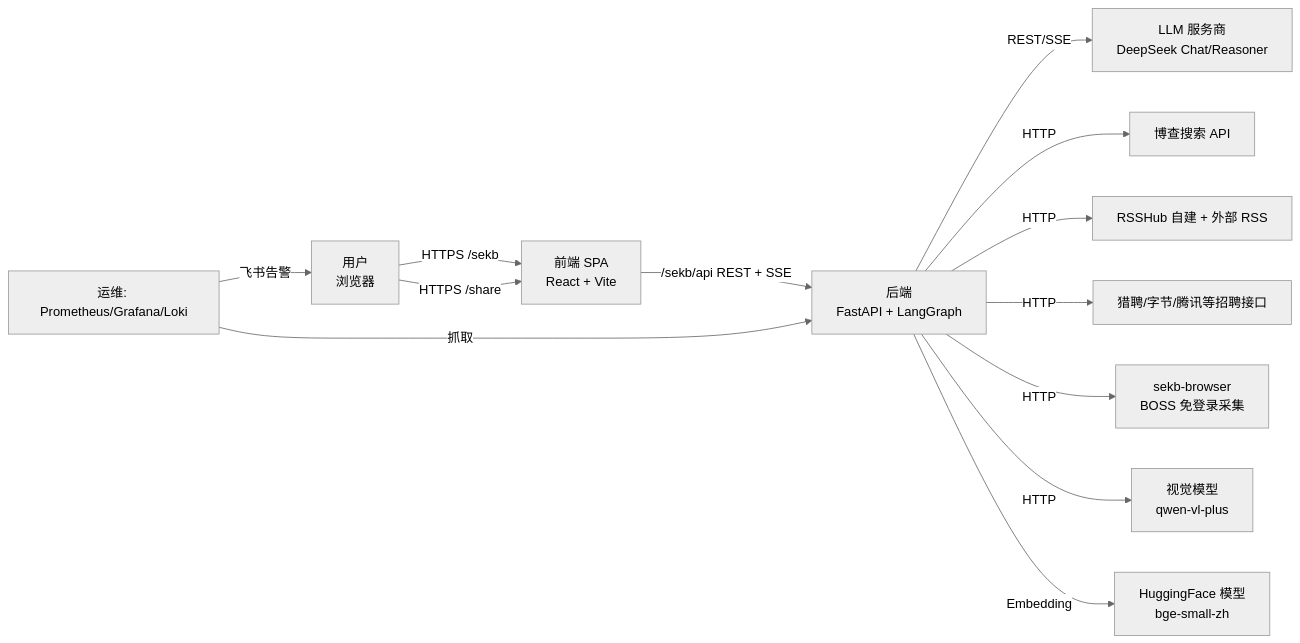
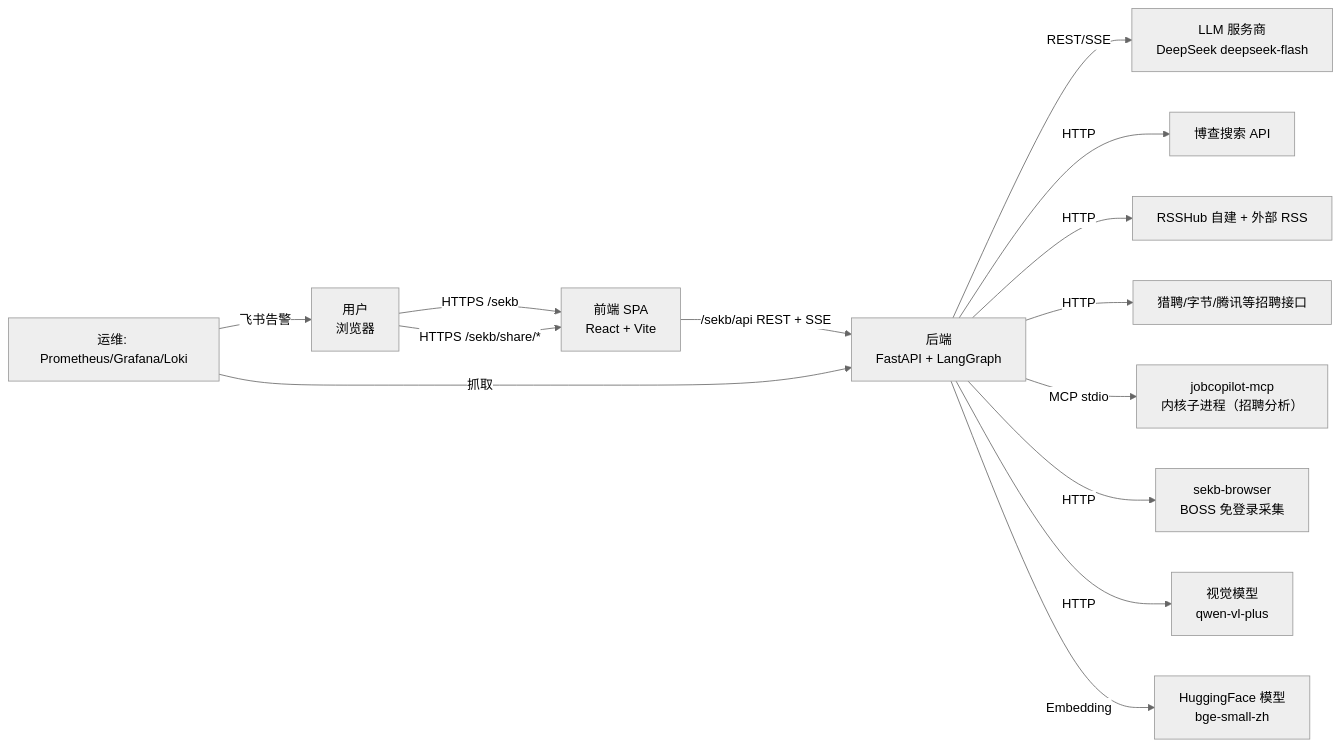
One commit to bozhang1214/SelfEvolvingKnowledgeBase changed the first of 4 diagrams in docs/tech/01-ARCHITECTURE.md. Above: the diagram before and after it, drawn with Mermaid (neutral theme). The commit also changed other lines of this file and 28 other files, not shown here.

````diff
--- a/docs/tech/01-ARCHITECTURE.md
+++ b/docs/tech/01-ARCHITECTURE.md
@@ -24,15 +24,16 @@
 ```mermaid
 flowchart LR
     U[用户<br/>浏览器] -->|HTTPS /sekb| FE[前端 SPA<br/>React + Vite]
-    U -->|HTTPS /share| FE
+    U -->|HTTPS /sekb/share/*| FE
     FE -->|/sekb/api REST + SSE| BE[后端<br/>FastAPI + LangGraph]
-    BE -->|REST/SSE| LLM[LLM 服务商<br/>DeepSeek Chat/Reasoner]
+    BE -->|REST/SSE| LLM[LLM 服务商<br/>DeepSeek deepseek-flash]
     BE -->|HTTP| SEARCH[博查搜索 API]
     BE -->|HTTP| RSS[RSSHub 自建 + 外部 RSS]
     BE -->|HTTP| JOB[猎聘/字节/腾讯等招聘接口]
+    BE -->|MCP stdio| KERNEL[jobcopilot-mcp<br/>内核子进程（招聘分析）]
     BE -->|HTTP| BOSS[sekb-browser<br/>BOSS 免登录采集]
     BE -->|HTTP| VLM[视觉模型<br/>qwen-vl-plus]
     BE -->|Embedding| HF[HuggingFace 模型<br/>bge-small-zh]
     OPS[运维: Prometheus/Grafana/Loki] -->|抓取| BE
     OPS -->|飞书告警| U
 ```
````
